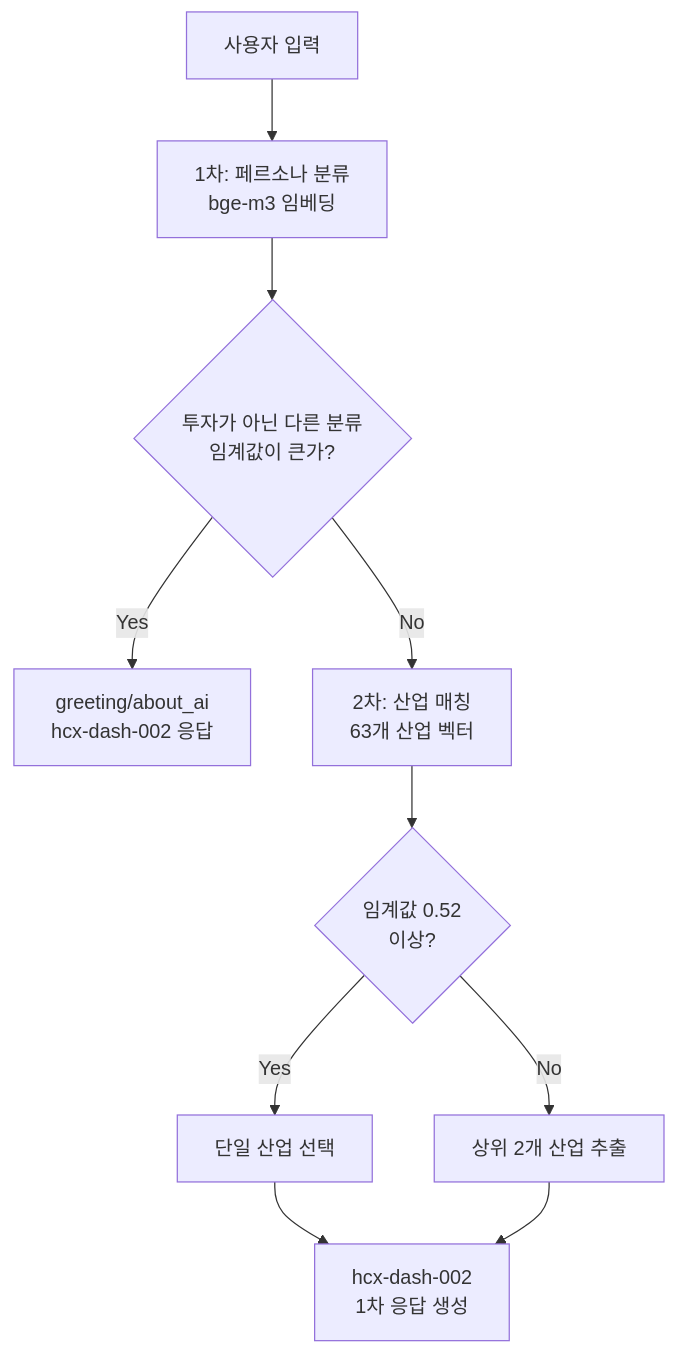
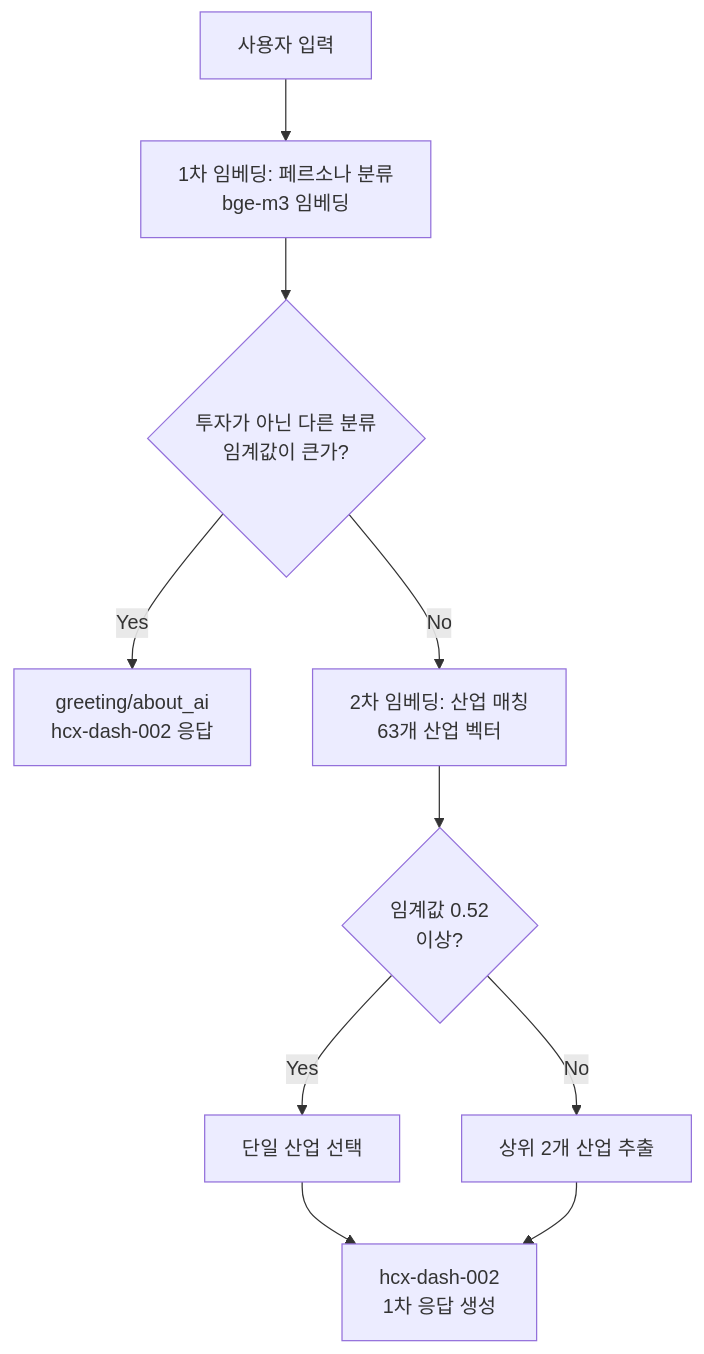
The first of 4 diagrams in README.md (Plokies-2/AIfestival), drawn with Mermaid before and after one commit. The commit also changed other lines of this file, not shown here.

````diff
--- a/README.md
+++ b/README.md
@@ -144,12 +144,12 @@
 ```mermaid
 graph TD
-    A[사용자 입력] --> B[1차: 페르소나 분류<br/>bge-m3 임베딩]
+    A[사용자 입력] --> B[1차 임베딩: 페르소나 분류<br/>bge-m3 임베딩]
     B --> C{투자가 아닌 다른 분류<br/>임계값이 큰가?}
     C -->|Yes| D[greeting/about_ai<br/>hcx-dash-002 응답]
-    C -->|No| E[2차: 산업 매칭<br/>63개 산업 벡터]
+    C -->|No| E[2차 임베딩: 산업 매칭<br/>63개 산업 벡터]
     E --> F{임계값 0.52<br/>이상?}
     F -->|Yes| G[단일 산업 선택]
     F -->|No| H[상위 2개 산업 추출]
     G --> I[hcx-dash-002<br/>1차 응답 생성]
     H --> I
 ```
````
